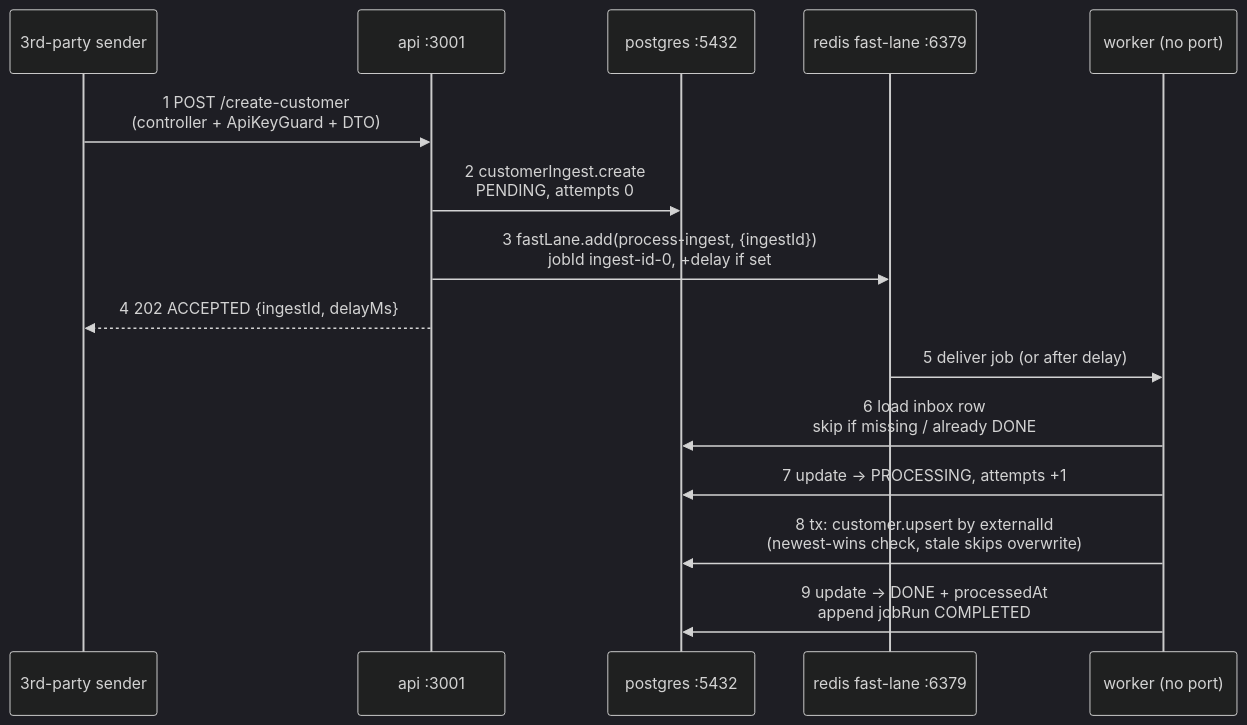
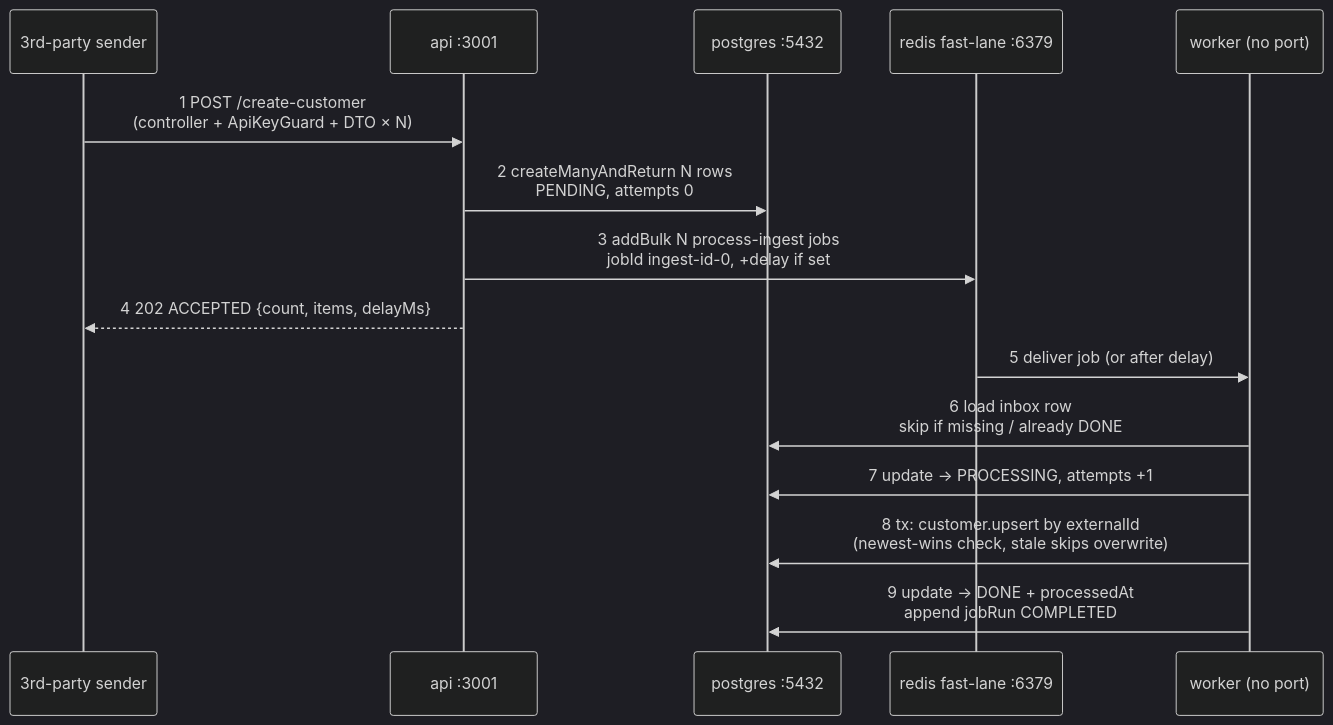
Before and after one commit to anggit-utomo/sim-mono-example: the diagram in docs/worker.md, drawn with Mermaid (dark theme). The commit also changed other lines of this file and 11 other files, not shown here.

First line of the commit message:
feat(api): batch-first ingest body (1 object, array, or {items}, max 100)

````diff
--- a/docs/worker.md
+++ b/docs/worker.md
@@ -47,17 +47,17 @@
 ```mermaid
 sequenceDiagram
   participant C as 3rd-party sender
   participant A as api :3001
   participant PG as postgres :5432
   participant R as redis fast-lane :6379
   participant W as worker (no port)
-  C->>A: 1 POST /create-customer<br/>(controller + ApiKeyGuard + DTO)
-  A->>PG: 2 customerIngest.create<br/>PENDING, attempts 0
-  A->>R: 3 fastLane.add(process-ingest, {ingestId})<br/>jobId ingest-id-0, +delay if set
-  A-->>C: 4 202 ACCEPTED {ingestId, delayMs}
+  C->>A: 1 POST /create-customer<br/>(controller + ApiKeyGuard + DTO × N)
+  A->>PG: 2 createManyAndReturn N rows<br/>PENDING, attempts 0
+  A->>R: 3 addBulk N process-ingest jobs<br/>jobId ingest-id-0, +delay if set
+  A-->>C: 4 202 ACCEPTED {count, items, delayMs}
   R->>W: 5 deliver job (or after delay)
   W->>PG: 6 load inbox row<br/>skip if missing / already DONE
   W->>PG: 7 update → PROCESSING, attempts +1
   W->>PG: 8 tx: customer.upsert by externalId<br/>(newest-wins check, stale skips overwrite)
   W->>PG: 9 update → DONE + processedAt<br/>append jobRun COMPLETED
 ```
````
